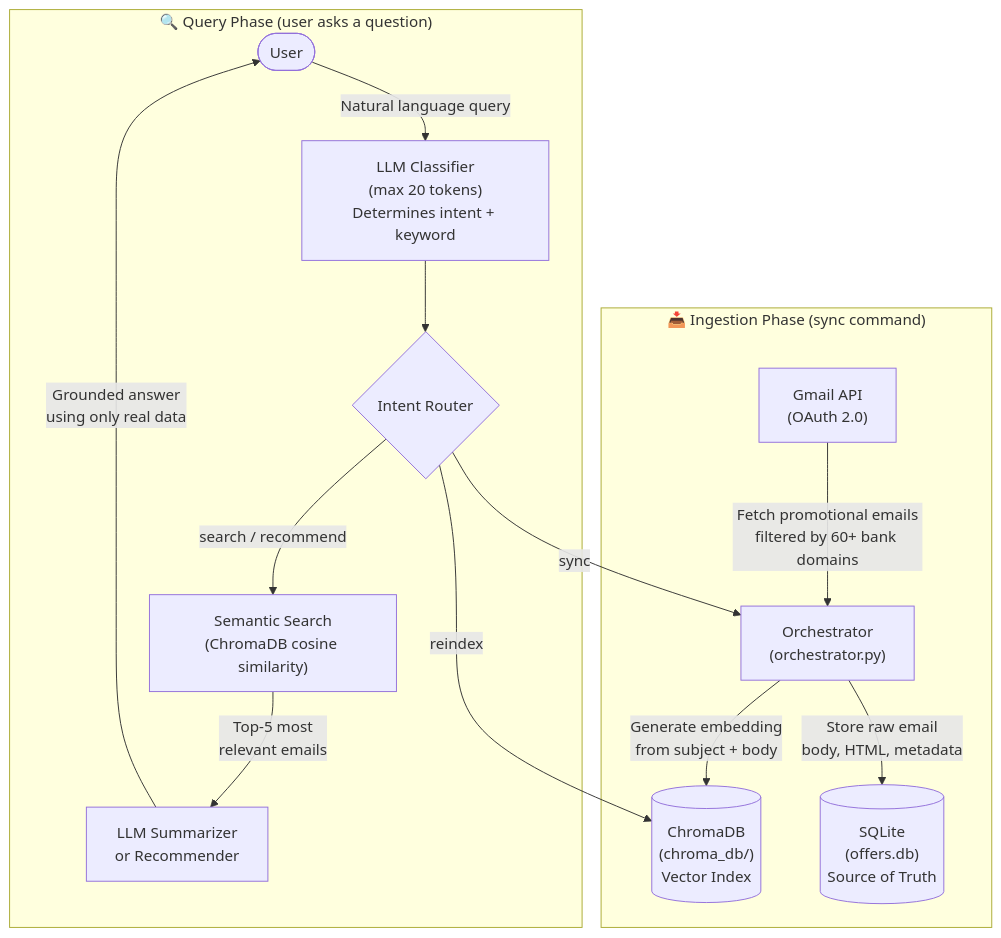
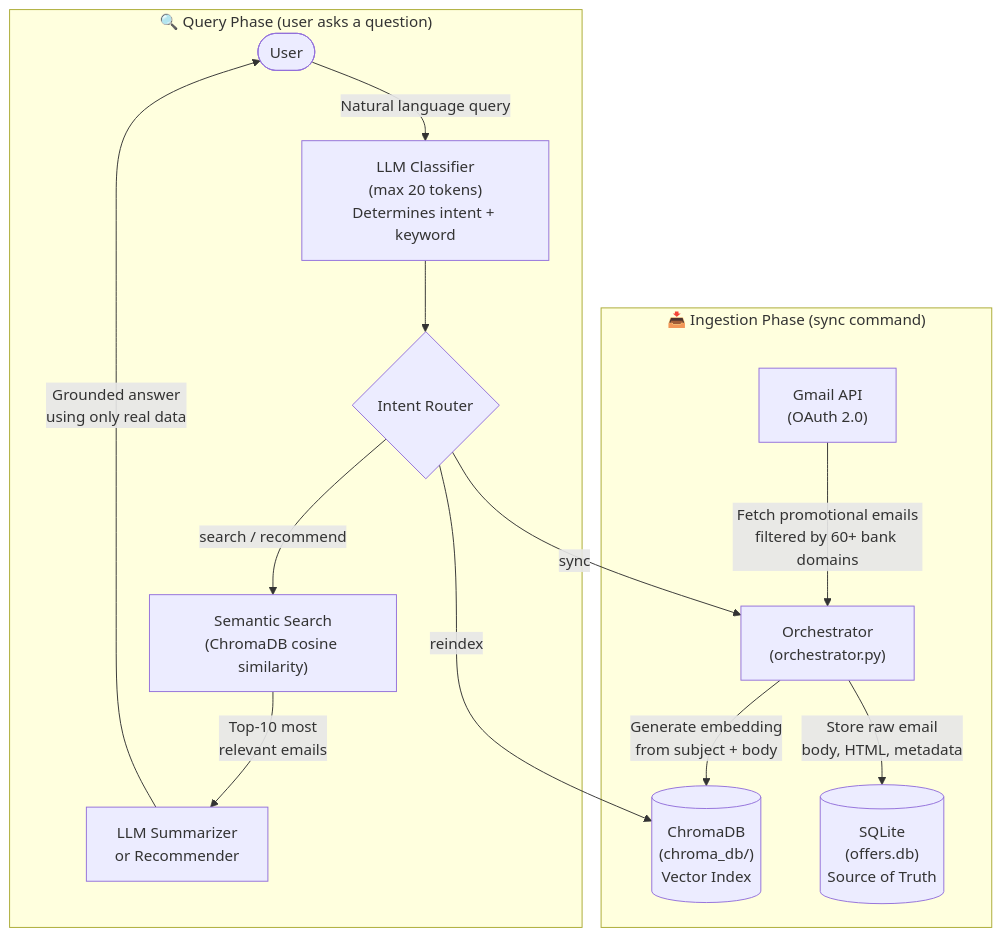
One commit to D-Aditya-Amarnath/CreditCardOptimizer changed the diagram in README.md. Above: the diagram before and after it, drawn with Mermaid. The commit also changed other lines of this file and 1 other file, not shown here.

````diff
--- a/README.md
+++ b/README.md
@@ -27,18 +27,18 @@
 ```mermaid
 graph TD
     subgraph Ingestion ["📥 Ingestion Phase (sync command)"]
         Gmail["Gmail API<br/>(OAuth 2.0)"] -->|Fetch promotional emails<br/>filtered by 60+ bank domains| Orchestrator["Orchestrator<br/>(orchestrator.py)"]
         Orchestrator -->|Store raw email<br/>body, HTML, metadata| SQLite[("SQLite<br/>(offers.db)<br/>Source of Truth")]
         Orchestrator -->|Generate embedding<br/>from subject + body| ChromaDB[("ChromaDB<br/>(chroma_db/)<br/>Vector Index")]
     end
 
     subgraph Query ["🔍 Query Phase (user asks a question)"]
         User([User]) -->|Natural language query| Classifier["LLM Classifier<br/>(max 20 tokens)<br/>Determines intent + keyword"]
         Classifier --> Router{Intent Router}
         Router -->|"sync"| Orchestrator
         Router -->|"reindex"| ChromaDB
         Router -->|"search / recommend"| SemanticSearch["Semantic Search<br/>(ChromaDB cosine similarity)"]
-        SemanticSearch -->|"Top-5 most<br/>relevant emails"| LLM["LLM Summarizer<br/>or Recommender"]
+        SemanticSearch -->|"Top-10 most<br/>relevant emails"| LLM["LLM Summarizer<br/>or Recommender"]
         LLM -->|"Grounded answer<br/>using only real data"| User
     end
 ```
````
